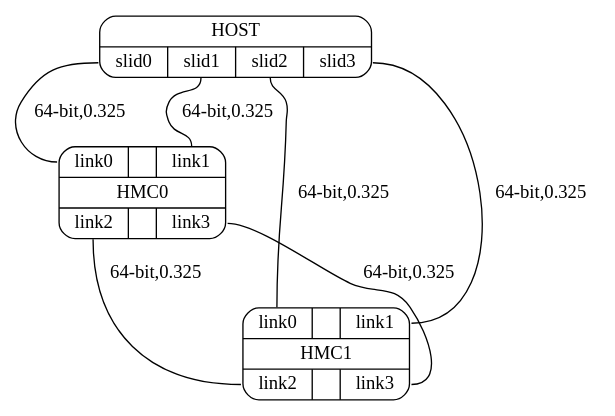
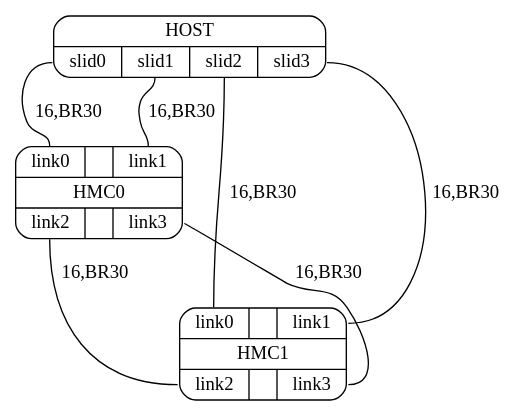
The diagram in networkgraph.dot (psiegl/sim-hmc), drawn with Graphviz before and after one commit. The commit also changed 6 other files, not shown here.

```diff
--- a/networkgraph.dot
+++ b/networkgraph.dot
@@ -1,15 +1,15 @@
 graph G {
     node[style=rounded, shape=record];
     HOST[label="{ HOST|{<slid0>slid0|<slid1>slid1|<slid2>slid2|<slid3>slid3} }"];
     HMC0[label="{ {<link0>link0||<link1>link1}|HMC0|{<link2>link2||<link3>link3} }"];
     HMC1[label="{ {<link0>link0||<link1>link1}|HMC1|{<link2>link2||<link3>link3} }"];
 
-    HOST:slid0 -- HMC0:link0 [label="64-bit,0.325"];
-    HOST:slid1 -- HMC0:link1 [label="64-bit,0.325"];
+    HOST:slid0 -- HMC0:link0 [label="16,BR30"];
+    HOST:slid1 -- HMC0:link1 [label="16,BR30"];
     
-    HOST:slid2 -- HMC1:link0 [label="64-bit,0.325"];
-    HOST:slid3 -- HMC1:link1 [label="64-bit,0.325"];
+    HOST:slid2 -- HMC1:link0 [label="16,BR30"];
+    HOST:slid3 -- HMC1:link1 [label="16,BR30"];
     
-    HMC0:link3 -- HMC1:link3 [label="64-bit,0.325"];
-    HMC0:link2 -- HMC1:link2 [label="64-bit,0.325"];
+    HMC0:link3 -- HMC1:link3 [label="16,BR30"];
+    HMC0:link2 -- HMC1:link2 [label="16,BR30"];
 }
```
